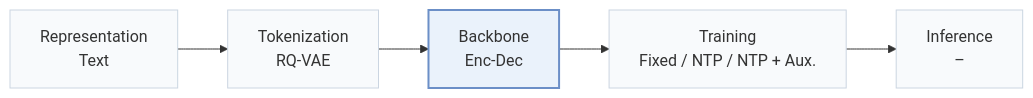
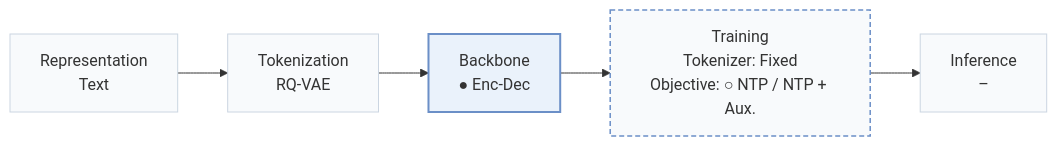
One commit to Galaxy-ghost/Awesome-SID-Generative-Rec changed the first of 2 diagrams in pages/papers/loopgr.md. Above: the diagram before and after it, drawn with Mermaid. The commit also changed other lines of this file and 558 other files, not shown here.

````diff
--- a/pages/papers/loopgr.md
+++ b/pages/papers/loopgr.md
@@ -15,8 +18,10 @@
 ```mermaid
 flowchart LR
-    R["Representation<br/>Text"] --> T["Tokenization<br/>RQ-VAE"] --> B["Backbone<br/>Enc-Dec"] --> TR["Training<br/>Fixed / NTP / NTP + Aux."] --> I["Inference<br/>–"]
+    R["Representation<br/>Text"] --> T["Tokenization<br/>RQ-VAE"] --> B["Backbone<br/>● Enc-Dec"] --> TR["Training<br/>Tokenizer: Fixed<br/>Objective: ○ NTP / NTP + Aux."] --> I["Inference<br/>–"]
     classDef base fill:#f8fafc,stroke:#cbd5e1
     class R,T,B,TR,I base
+    classDef other fill:#f8fafc,stroke:#6b8fc7,stroke-width:1.5px,stroke-dasharray:5 3
+    class TR other
     classDef main fill:#eaf2fb,stroke:#6b8fc7,stroke-width:2px
     class B main
 ```
````
